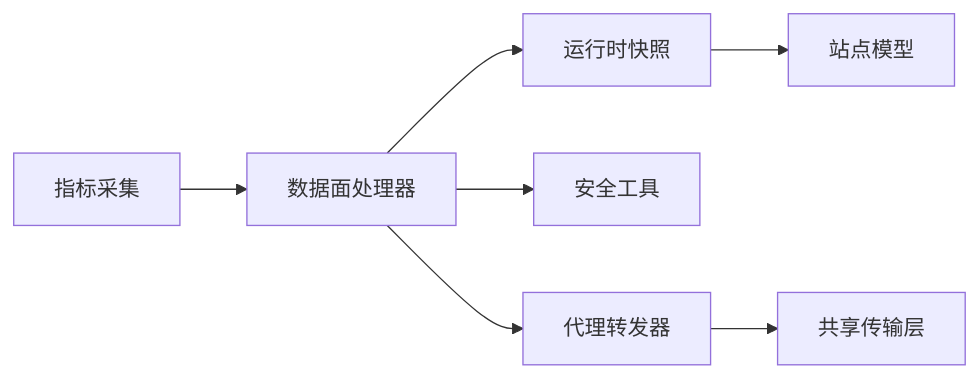
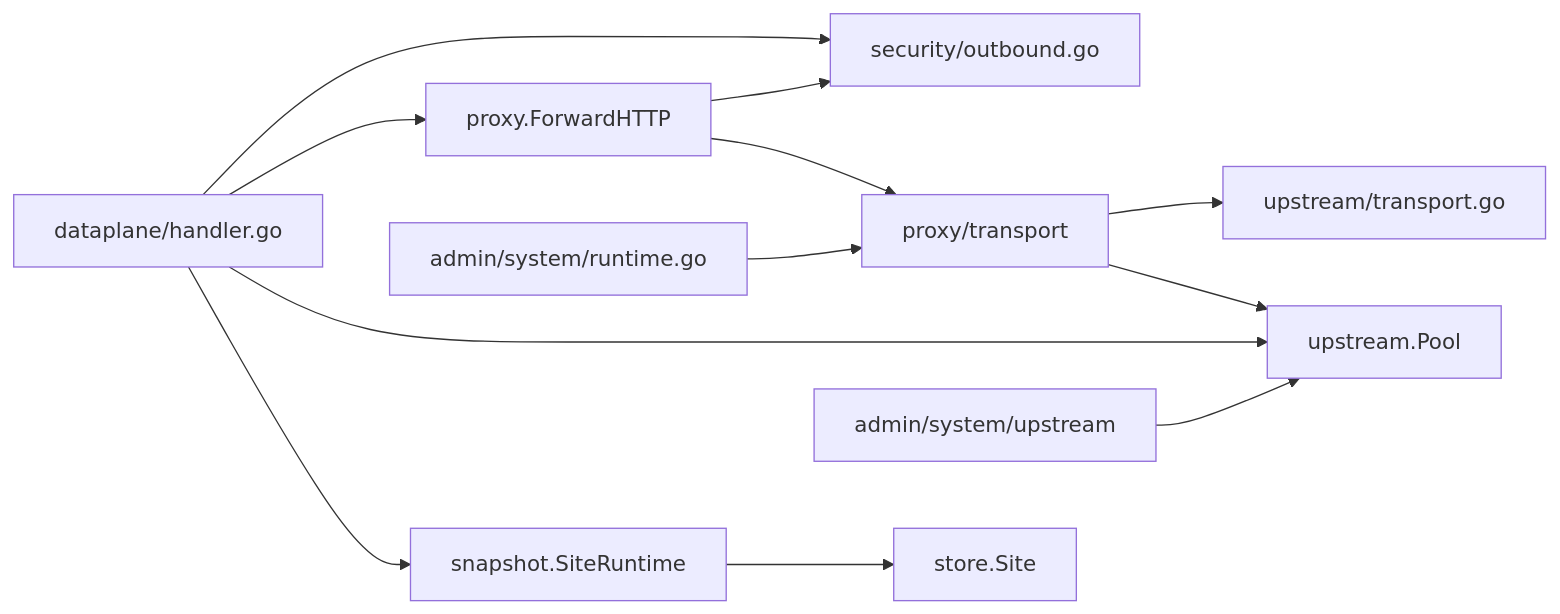
The eighth of 8 diagrams in docs/数据平面处理/上游代理配置.md (x01n/My-OpenWaf), drawn with Mermaid before and after one commit. The commit also changed other lines of this file and 622 other files, not shown here.

````diff
--- a/docs/数据平面处理/上游代理配置.md
+++ b/docs/数据平面处理/上游代理配置.md
@@ -336,9 +477,14 @@
 ```mermaid
 graph LR
-Handler["数据面处理器"] --> Snapshot["运行时快照"]
-Handler --> Security["安全工具"]
-Handler --> Proxy["代理转发器"]
-Proxy --> Transport["共享传输层"]
-Snapshot --> Store["站点模型"]
-Metrics["指标采集"] --> Handler
+Handler["dataplane/handler.go"] --> SNAP["snapshot.SiteRuntime"]
+Handler --> UP["upstream.Pool"]
+Handler --> PRX["proxy.ForwardHTTP"]
+PRX --> TRP["proxy/transport"]
+TRP --> UP
+TRP --> UT["upstream/transport.go"]
+PRX --> SEC["security/outbound.go"]
+Handler --> SEC
+SNAP --> STORE["store.Site"]
+RUN["admin/system/runtime.go"] --> TRP
+STAT["admin/system/upstream"] --> UP
 ```
````
